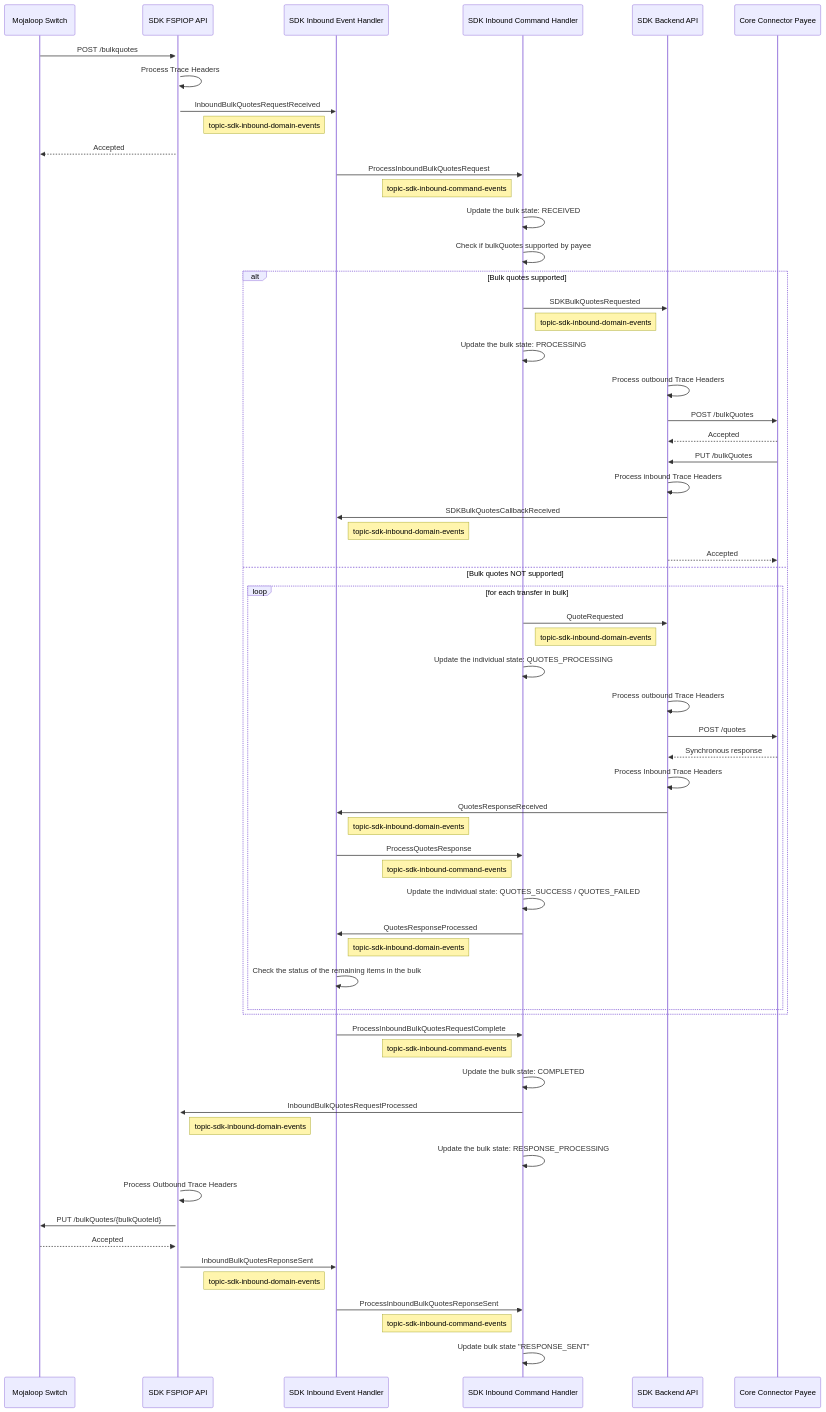
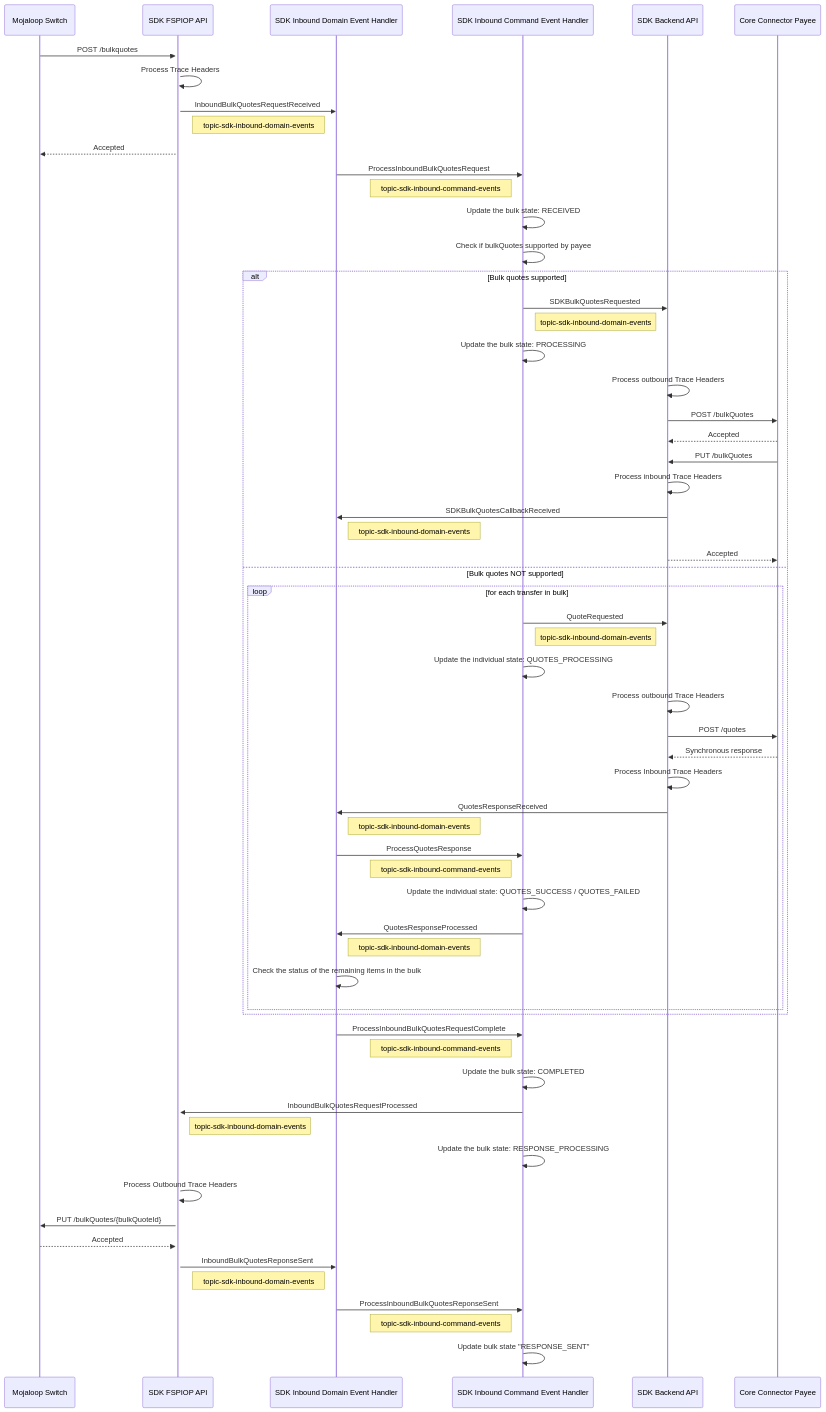
Before and after one commit to mojaloop/sdk-scheme-adapter: the diagram in docs/design-bulk-transfers/inbound-bulk-quotes-sequence.md, drawn with Mermaid. The commit also changed 2 other files, not shown here.

Commit message:
fix: some name changes in the seqence diagram

````diff
--- a/docs/design-bulk-transfers/inbound-bulk-quotes-sequence.md
+++ b/docs/design-bulk-transfers/inbound-bulk-quotes-sequence.md
@@ -3,66 +3,66 @@
 ```mermaid
 sequenceDiagram
     participant MojaloopSwitch as Mojaloop Switch
     participant SDKFspiopApi as SDK FSPIOP API
-    participant SDKInboundEventHandler as SDK Inbound Event Handler
-    participant SDKInboundCommandHandler as SDK Inbound Command Handler
+    participant SDKInboundDomainEventHandler as SDK Inbound Domain Event Handler
+    participant SDKInboundCommandEventHandler as SDK Inbound Command Event Handler
     participant SDKBackendApi as SDK Backend API
     participant CoreConnector as Core Connector Payee
    
     MojaloopSwitch->>+SDKFspiopApi: POST /bulkquotes
     SDKFspiopApi->>SDKFspiopApi: Process Trace Headers
-    SDKFspiopApi->>SDKInboundEventHandler: InboundBulkQuotesRequestReceived
-    Note left of SDKInboundEventHandler: topic-sdk-inbound-domain-events
+    SDKFspiopApi->>SDKInboundDomainEventHandler: InboundBulkQuotesRequestReceived
+    Note left of SDKInboundDomainEventHandler: topic-sdk-inbound-domain-events
     SDKFspiopApi-->>MojaloopSwitch: Accepted
-    SDKInboundEventHandler->>SDKInboundCommandHandler: ProcessInboundBulkQuotesRequest
-    Note left of SDKInboundCommandHandler: topic-sdk-inbound-command-events
-    SDKInboundCommandHandler->>SDKInboundCommandHandler: Update the bulk state: RECEIVED
-    SDKInboundCommandHandler->>SDKInboundCommandHandler: Check if bulkQuotes supported by payee
+    SDKInboundDomainEventHandler->>SDKInboundCommandEventHandler: ProcessInboundBulkQuotesRequest
+    Note left of SDKInboundCommandEventHandler: topic-sdk-inbound-command-events
+    SDKInboundCommandEventHandler->>SDKInboundCommandEventHandler: Update the bulk state: RECEIVED
+    SDKInboundCommandEventHandler->>SDKInboundCommandEventHandler: Check if bulkQuotes supported by payee
 
     alt Bulk quotes supported
-        SDKInboundCommandHandler->>SDKBackendApi: SDKBulkQuotesRequested
+        SDKInboundCommandEventHandler->>SDKBackendApi: SDKBulkQuotesRequested
         Note left of SDKBackendApi: topic-sdk-inbound-domain-events
-        SDKInboundCommandHandler->>SDKInboundCommandHandler: Update the bulk state: PROCESSING
+        SDKInboundCommandEventHandler->>SDKInboundCommandEventHandler: Update the bulk state: PROCESSING
         SDKBackendApi->>SDKBackendApi: Process outbound Trace Headers
         SDKBackendApi->>CoreConnector: POST /bulkQuotes
         CoreConnector-->>SDKBackendApi: Accepted
         CoreConnector->>SDKBackendApi: PUT /bulkQuotes
         SDKBackendApi->>SDKBackendApi: Process inbound Trace Headers
-        SDKBackendApi->>SDKInboundEventHandler: SDKBulkQuotesCallbackReceived
-        Note right of SDKInboundEventHandler: topic-sdk-inbound-domain-events
+        SDKBackendApi->>SDKInboundDomainEventHandler: SDKBulkQuotesCallbackReceived
+        Note right of SDKInboundDomainEventHandler: topic-sdk-inbound-domain-events
         SDKBackendApi-->>CoreConnector: Accepted
     else Bulk quotes NOT supported
         loop for each transfer in bulk
-            SDKInboundCommandHandler->>SDKBackendApi: QuoteRequested
+            SDKInboundCommandEventHandler->>SDKBackendApi: QuoteRequested
             Note left of SDKBackendApi: topic-sdk-inbound-domain-events
-            SDKInboundCommandHandler->>SDKInboundCommandHandler: Update the individual state: QUOTES_PROCESSING
+            SDKInboundCommandEventHandler->>SDKInboundCommandEventHandler: Update the individual state: QUOTES_PROCESSING
             SDKBackendApi->>SDKBackendApi: Process outbound Trace Headers
             SDKBackendApi->>CoreConnector: POST /quotes
             CoreConnector-->>SDKBackendApi: Synchronous response
             SDKBackendApi->>SDKBackendApi: Process Inbound Trace Headers
-            SDKBackendApi->>SDKInboundEventHandler: QuotesResponseReceived
-            Note right of SDKInboundEventHandler: topic-sdk-inbound-domain-events
-            SDKInboundEventHandler->>SDKInboundCommandHandler: ProcessQuotesResponse
-            Note left of SDKInboundCommandHandler: topic-sdk-inbound-command-events
-            SDKInboundCommandHandler->>SDKInboundCommandHandler: Update the individual state: QUOTES_SUCCESS / QUOTES_FAILED
-            SDKInboundCommandHandler->>SDKInboundEventHandler: QuotesResponseProcessed
-            Note right of SDKInboundEventHandler: topic-sdk-inbound-domain-events
-            SDKInboundEventHandler->>SDKInboundEventHandler: Check the status of the remaining items in the bulk
+            SDKBackendApi->>SDKInboundDomainEventHandler: QuotesResponseReceived
+            Note right of SDKInboundDomainEventHandler: topic-sdk-inbound-domain-events
+            SDKInboundDomainEventHandler->>SDKInboundCommandEventHandler: ProcessQuotesResponse
+            Note left of SDKInboundCommandEventHandler: topic-sdk-inbound-command-events
+            SDKInboundCommandEventHandler->>SDKInboundCommandEventHandler: Update the individual state: QUOTES_SUCCESS / QUOTES_FAILED
+            SDKInboundCommandEventHandler->>SDKInboundDomainEventHandler: QuotesResponseProcessed
+            Note right of SDKInboundDomainEventHandler: topic-sdk-inbound-domain-events
+            SDKInboundDomainEventHandler->>SDKInboundDomainEventHandler: Check the status of the remaining items in the bulk
         end
     end
-    SDKInboundEventHandler->>SDKInboundCommandHandler: ProcessInboundBulkQuotesRequestComplete
-    Note left of SDKInboundCommandHandler: topic-sdk-inbound-command-events
-    SDKInboundCommandHandler->>SDKInboundCommandHandler: Update the bulk state: COMPLETED
-    SDKInboundCommandHandler->>SDKFspiopApi: InboundBulkQuotesRequestProcessed
+    SDKInboundDomainEventHandler->>SDKInboundCommandEventHandler: ProcessInboundBulkQuotesRequestComplete
+    Note left of SDKInboundCommandEventHandler: topic-sdk-inbound-command-events
+    SDKInboundCommandEventHandler->>SDKInboundCommandEventHandler: Update the bulk state: COMPLETED
+    SDKInboundCommandEventHandler->>SDKFspiopApi: InboundBulkQuotesRequestProcessed
     Note right of SDKFspiopApi: topic-sdk-inbound-domain-events
-    SDKInboundCommandHandler->>SDKInboundCommandHandler: Update the bulk state: RESPONSE_PROCESSING
+    SDKInboundCommandEventHandler->>SDKInboundCommandEventHandler: Update the bulk state: RESPONSE_PROCESSING
     SDKFspiopApi->>SDKFspiopApi: Process Outbound Trace Headers
     SDKFspiopApi->>MojaloopSwitch: PUT /bulkQuotes/{bulkQuoteId}
     MojaloopSwitch-->>SDKFspiopApi: Accepted
-    SDKFspiopApi->>SDKInboundEventHandler: InboundBulkQuotesReponseSent
-    Note left of SDKInboundEventHandler: topic-sdk-inbound-domain-events
-    SDKInboundEventHandler->>SDKInboundCommandHandler: ProcessInboundBulkQuotesReponseSent
-    Note left of SDKInboundCommandHandler: topic-sdk-inbound-command-events
-    SDKInboundCommandHandler->>SDKInboundCommandHandler: Update bulk state "RESPONSE_SENT"
+    SDKFspiopApi->>SDKInboundDomainEventHandler: InboundBulkQuotesReponseSent
+    Note left of SDKInboundDomainEventHandler: topic-sdk-inbound-domain-events
+    SDKInboundDomainEventHandler->>SDKInboundCommandEventHandler: ProcessInboundBulkQuotesReponseSent
+    Note left of SDKInboundCommandEventHandler: topic-sdk-inbound-command-events
+    SDKInboundCommandEventHandler->>SDKInboundCommandEventHandler: Update bulk state "RESPONSE_SENT"
 
 ```
````
